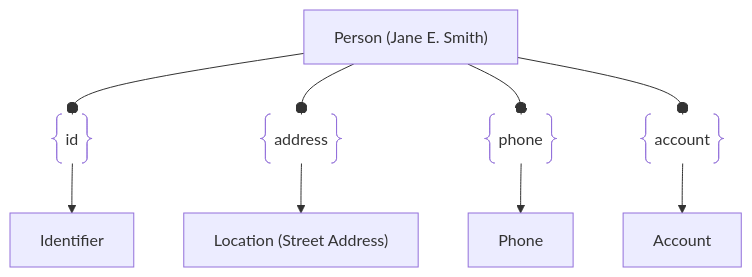
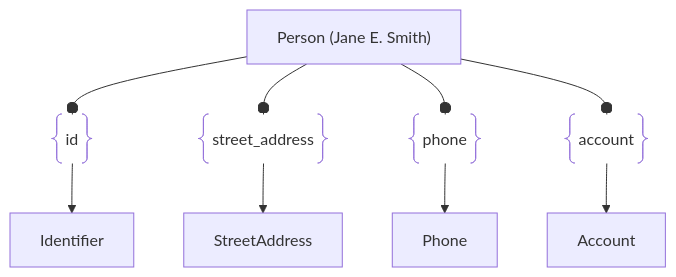
Before and after one commit to owasp-amass/docs: the diagram in docs/open_asset_model/assets/person.md, drawn with Mermaid. The commit also changed other lines of this file and 105 other files, not shown here.

````diff
--- a/docs/open_asset_model/assets/person.md
+++ b/docs/open_asset_model/assets/person.md
@@ -34,23 +54,23 @@
 ```mermaid
 graph TD
 person["Person (Jane E. Smith)"]
 ident["Identifier"]
 idRel@{ shape: braces, label: "id" }
 person --o idRel
 idRel --> ident
 
-loc["Location (Street Address)"]
-locRel@{ shape: braces, label: "address" }
+loc["StreetAddress"]
+locRel@{ shape: braces, label: "street_address" }
 person --o locRel
 locRel --> loc
 
 phone["Phone"]
 phoneRel@{ shape: braces, label: "phone" }
 person --o phoneRel
 phoneRel --> phone
 
 acct["Account"]
 account@{ shape: braces, label: "account" }
 person --o account
 account --> acct
 ```
````
